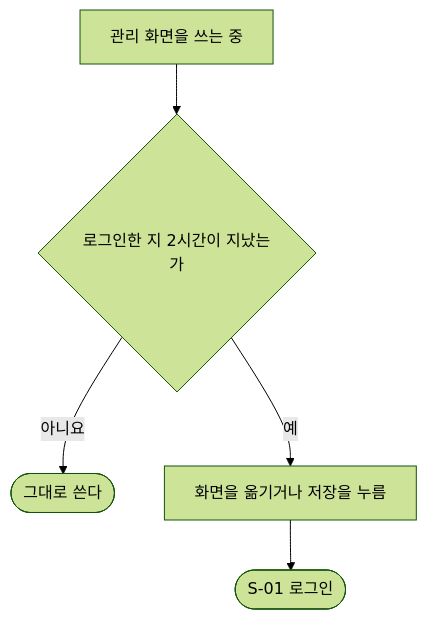
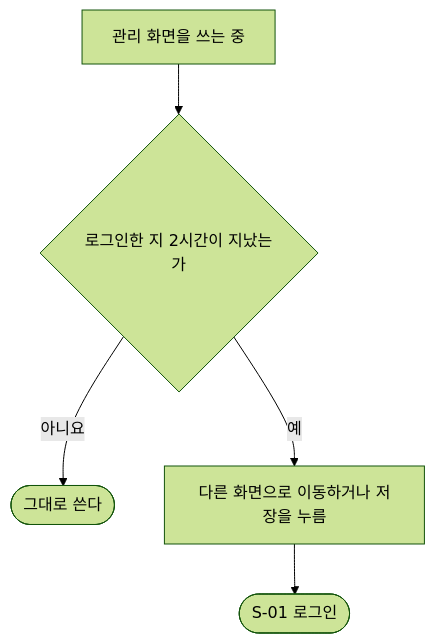
Before and after one commit to GUNIZZI/portfolio: the fourth of 4 diagrams in docs/plan/admin/login/userflow.md, drawn with Mermaid (forest theme). The commit also changed other lines of this file and 24 other files, not shown here.

````diff
--- a/docs/plan/admin/login/userflow.md
+++ b/docs/plan/admin/login/userflow.md
@@ -62,7 +62,7 @@
 ```mermaid
 flowchart TD
     USE["관리 화면을 쓰는 중"]:::step --> T{"로그인한 지 2시간이 지났는가"}:::decision
     T -->|"아니요"| KEEP(["그대로 쓴다"]):::done
-    T -->|"예"| ACT["화면을 옮기거나 저장을 누름"]:::step
+    T -->|"예"| ACT["다른 화면으로 이동하거나 저장을 누름"]:::step
     ACT --> L(["S-01 로그인"]):::done
 ```
````
